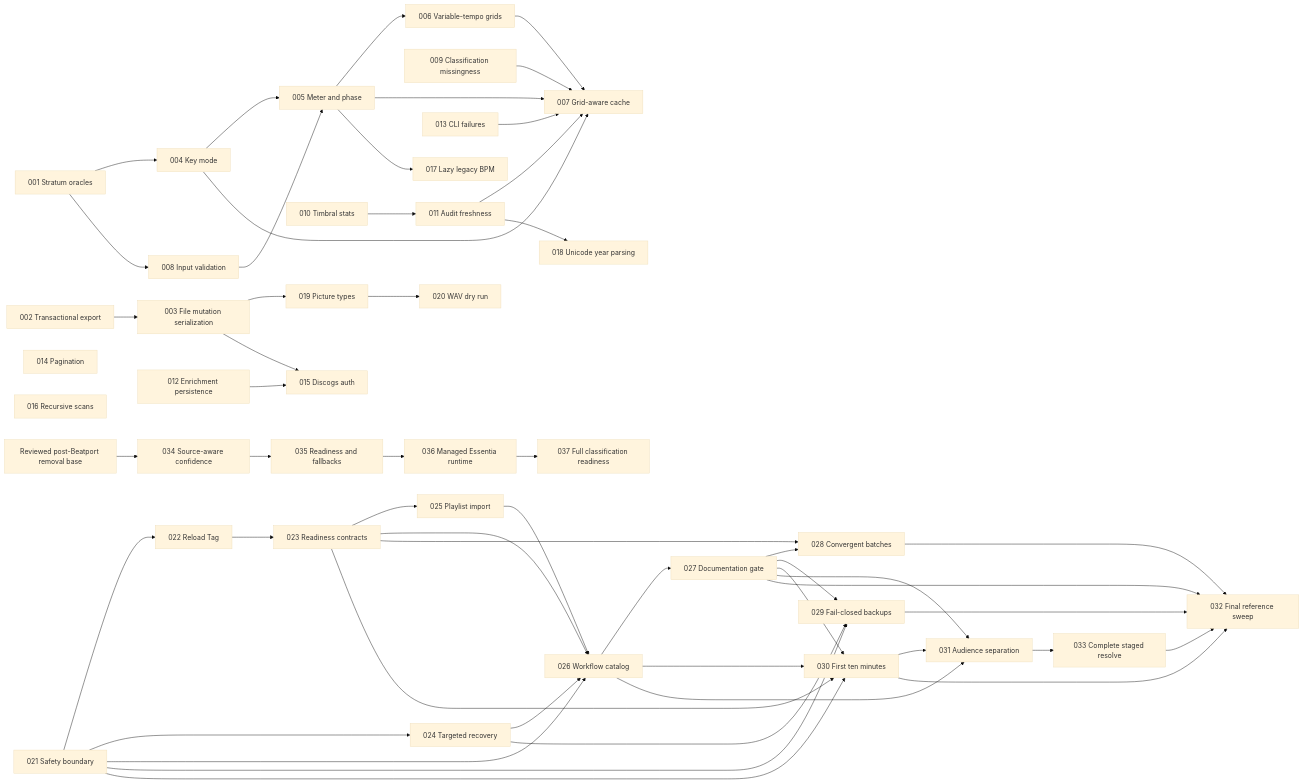
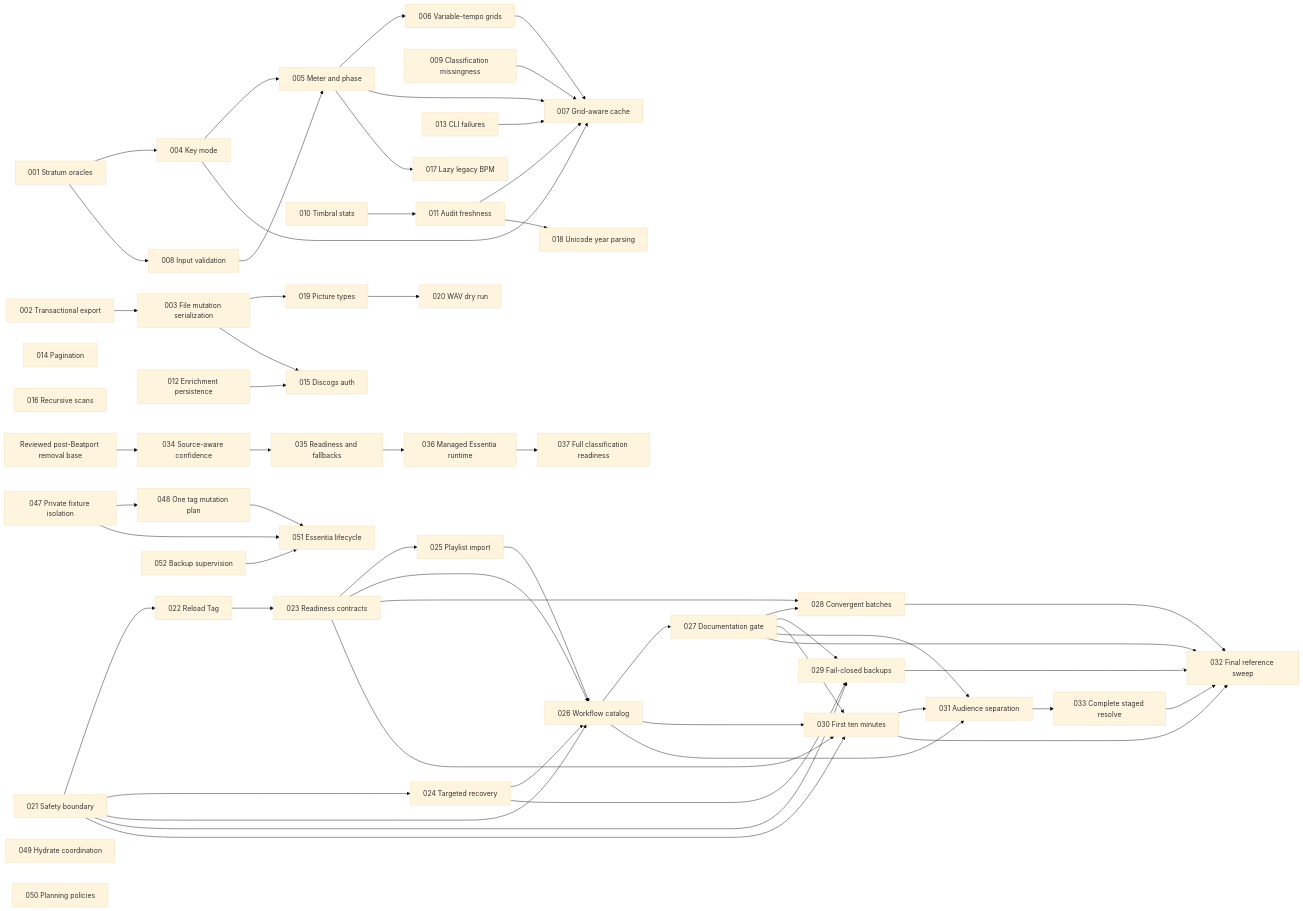
One commit to ryan-voitiskis/reklawdbox changed the diagram in plans/README.md. Above: the diagram before and after it, drawn with Mermaid (base theme). The commit also changed other lines of this file and 6 other files, not shown here.

````diff
--- a/plans/README.md
+++ b/plans/README.md
@@ -171,61 +209,68 @@
 ```mermaid
 flowchart LR
     P001["001 Stratum oracles"] --> P004["004 Key mode"]
     P004 --> P005["005 Meter and phase"]
     P008["008 Input validation"] --> P005
     P005 --> P006["006 Variable-tempo grids"]
     P004 --> P007["007 Grid-aware cache"]
     P005 --> P007
     P006 --> P007
     P009["009 Classification missingness"] --> P007
     P010["010 Timbral stats"] --> P011["011 Audit freshness"]
     P011 --> P007
     P013["013 CLI failures"] --> P007
 
     P001 --> P008
     P005 --> P017["017 Lazy legacy BPM"]
 
     P002["002 Transactional export"] --> P003["003 File mutation serialization"]
     P003 --> P019["019 Picture types"]
     P019 --> P020["020 WAV dry run"]
 
     P011 --> P018["018 Unicode year parsing"]
     P003 --> P015["015 Discogs auth"]
     P012["012 Enrichment persistence"] --> P015
 
     P014["014 Pagination"]
     P016["016 Recursive scans"]
 
     P021["021 Safety boundary"] --> P022["022 Reload Tag"]
     P021 --> P024["024 Targeted recovery"]
     P022 --> P023["023 Readiness contracts"]
     P023 --> P025["025 Playlist import"]
     P021 --> P026["026 Workflow catalog"]
     P023 --> P026
     P024 --> P026
     P025 --> P026
     P026 --> P027["027 Documentation gate"]
     P023 --> P028["028 Convergent batches"]
     P027 --> P028
     P021 --> P029["029 Fail-closed backups"]
     P024 --> P029
     P027 --> P029
     P021 --> P030["030 First ten minutes"]
     P023 --> P030
     P026 --> P030
     P027 --> P030
     P026 --> P031["031 Audience separation"]
     P027 --> P031
     P030 --> P031
     P027 --> P032["032 Final reference sweep"]
     P028 --> P032
     P029 --> P032
     P030 --> P032
     P031 --> P033["033 Complete staged resolve"]
     P033 --> P032
 
     REMOVAL["Reviewed post-Beatport removal base"] --> P034["034 Source-aware confidence"]
     P034 --> P035["035 Readiness and fallbacks"]
     P035 --> P036["036 Managed Essentia runtime"]
     P036 --> P037["037 Full classification readiness"]
+
+    P047["047 Private fixture isolation"] --> P048["048 One tag mutation plan"]
+    P047 --> P051["051 Essentia lifecycle"]
+    P048 --> P051
+    P052["052 Backup supervision"] --> P051
+    P049["049 Hydrate coordination"]
+    P050["050 Planning policies"]
 ```
````
